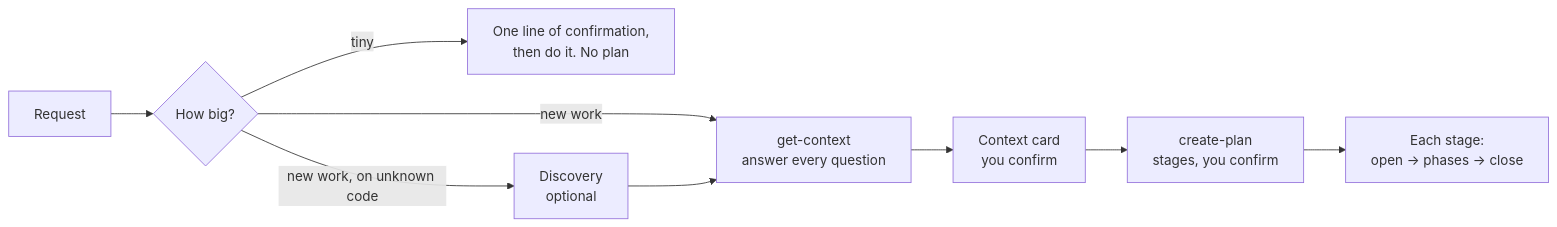
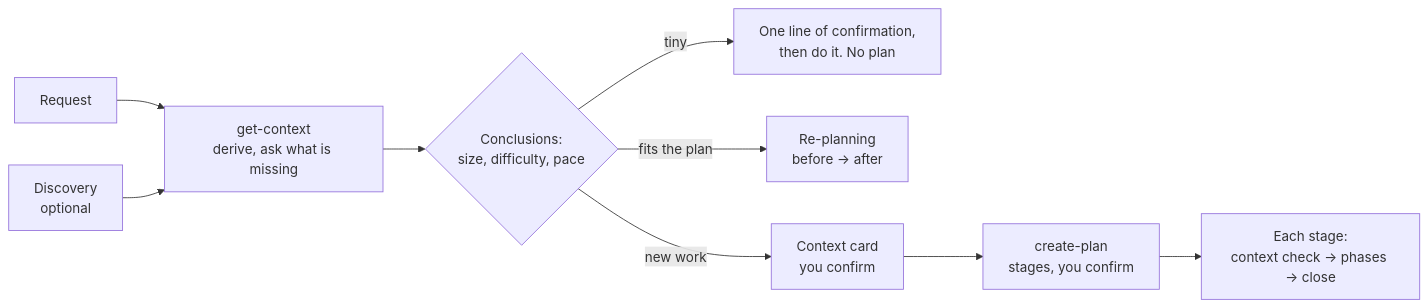
One commit to FreddyZeta1847/blueprint changed the diagram in README.md. Above: the diagram before and after it, drawn with Mermaid. The commit also changed other lines of this file and 23 other files, not shown here.

First line of the commit message:
Blueprint 3.0: context derived first, mandatory context check, decisions folder

````diff
--- a/README.md
+++ b/README.md
@@ -33,11 +33,11 @@
 ```mermaid
 flowchart LR
-    A[Request] --> B{How big?}
+    A[Request] --> C[get-context<br/>derive, ask what is missing]
+    D[Discovery<br/>optional] --> C
+    C --> B{Conclusions:<br/>size, difficulty, pace}
     B -- tiny --> T[One line of confirmation,<br/>then do it. No plan]
-    B -- "new work, on unknown code" --> D[Discovery<br/>optional]
-    B -- new work --> C[get-context<br/>answer every question]
-    D --> C
-    C --> K[Context card<br/>you confirm]
+    B -- fits the plan --> R[Re-planning<br/>before → after]
+    B -- new work --> K[Context card<br/>you confirm]
     K --> P[create-plan<br/>stages, you confirm]
-    P --> S[Each stage:<br/>open → phases → close]
+    P --> S[Each stage:<br/>context check → phases → close]
 ```
````
